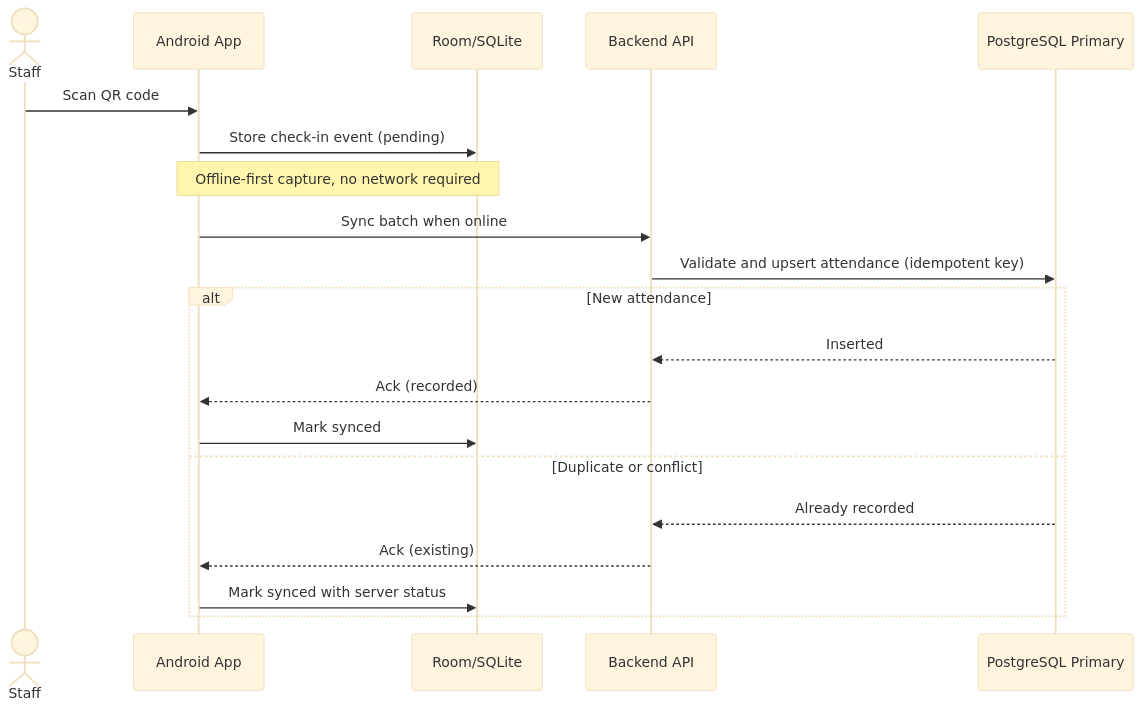
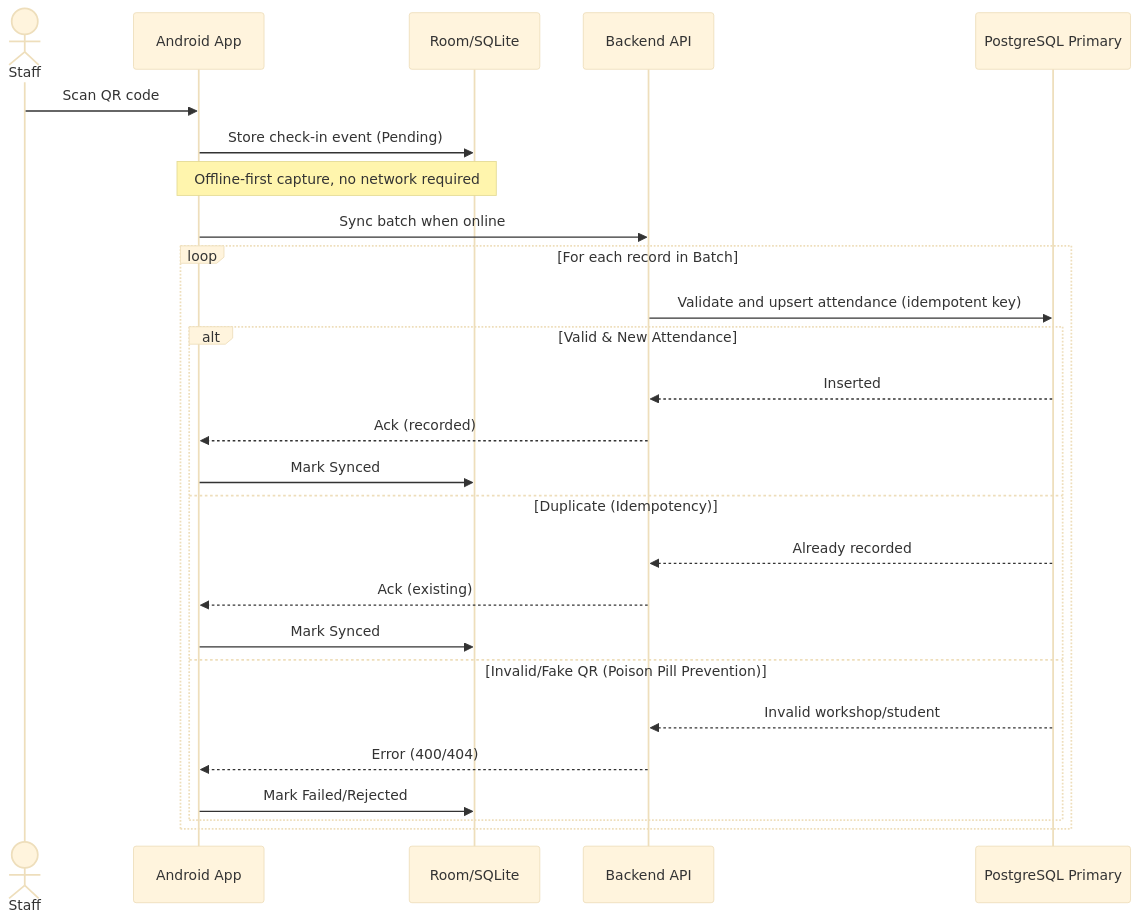
One commit to phatnguyen975/unihub-workshop changed the second of 4 diagrams in blueprint/design.md. Above: the diagram before and after it, drawn with Mermaid (base theme). The commit also changed other lines of this file, not shown here.

Commit message:
docs: update offline checkin diagram

````diff
--- a/blueprint/design.md
+++ b/blueprint/design.md
@@ -182,24 +182,30 @@
 ```mermaid
 sequenceDiagram
   actor Staff
   participant Mobile as Android App
   participant Local as Room/SQLite
   participant API as Backend API
   participant DB as PostgreSQL Primary
 
   Staff->>Mobile: Scan QR code
-  Mobile->>Local: Store check-in event (pending)
+  Mobile->>Local: Store check-in event (Pending)
   Note over Mobile,Local: Offline-first capture, no network required
 
   Mobile->>API: Sync batch when online
-  API->>DB: Validate and upsert attendance (idempotent key)
-  alt New attendance
-    DB-->>API: Inserted
-    API-->>Mobile: Ack (recorded)
-    Mobile->>Local: Mark synced
-  else Duplicate or conflict
-    DB-->>API: Already recorded
-    API-->>Mobile: Ack (existing)
-    Mobile->>Local: Mark synced with server status
+  loop For each record in Batch
+    API->>DB: Validate and upsert attendance (idempotent key)
+    alt Valid & New Attendance
+      DB-->>API: Inserted
+      API-->>Mobile: Ack (recorded)
+      Mobile->>Local: Mark Synced
+    else Duplicate (Idempotency)
+      DB-->>API: Already recorded
+      API-->>Mobile: Ack (existing)
+      Mobile->>Local: Mark Synced
+    else Invalid/Fake QR (Poison Pill Prevention)
+      DB-->>API: Invalid workshop/student
+      API-->>Mobile: Error (400/404)
+      Mobile->>Local: Mark Failed/Rejected
+    end
   end
 ```
````
